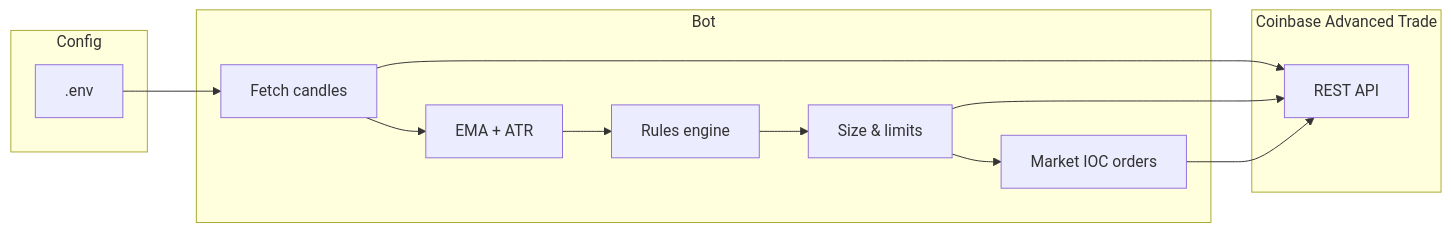
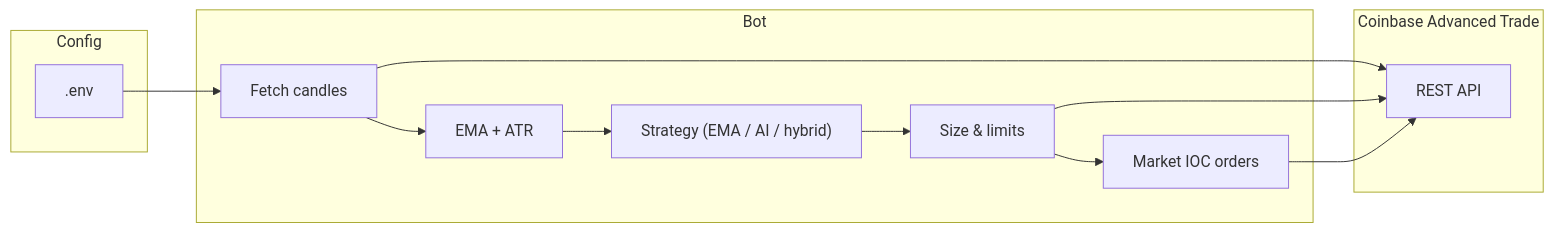
Before and after one commit to signalbetorg/coinbase-trading-agent: the diagram in README.md, drawn with Mermaid. The commit also changed other lines of this file and 15 other files, not shown here.

````diff
--- a/README.md
+++ b/README.md
@@ -110,24 +126,24 @@
 ```mermaid
 flowchart LR
   subgraph config [Config]
     ENV[".env"]
   end
   subgraph exchange [Coinbase Advanced Trade]
     API["REST API"]
   end
   subgraph bot [Bot]
     Candles["Fetch candles"]
     Indicators["EMA + ATR"]
-    Rules["Rules engine"]
+    Rules["Strategy (EMA / AI / hybrid)"]
     Risk["Size & limits"]
     Exec["Market IOC orders"]
   end
   ENV --> Candles
   Candles --> Indicators
   Indicators --> Rules
   Rules --> Risk
   Risk --> Exec
   Candles --> API
   Risk --> API
   Exec --> API
 ```
````
